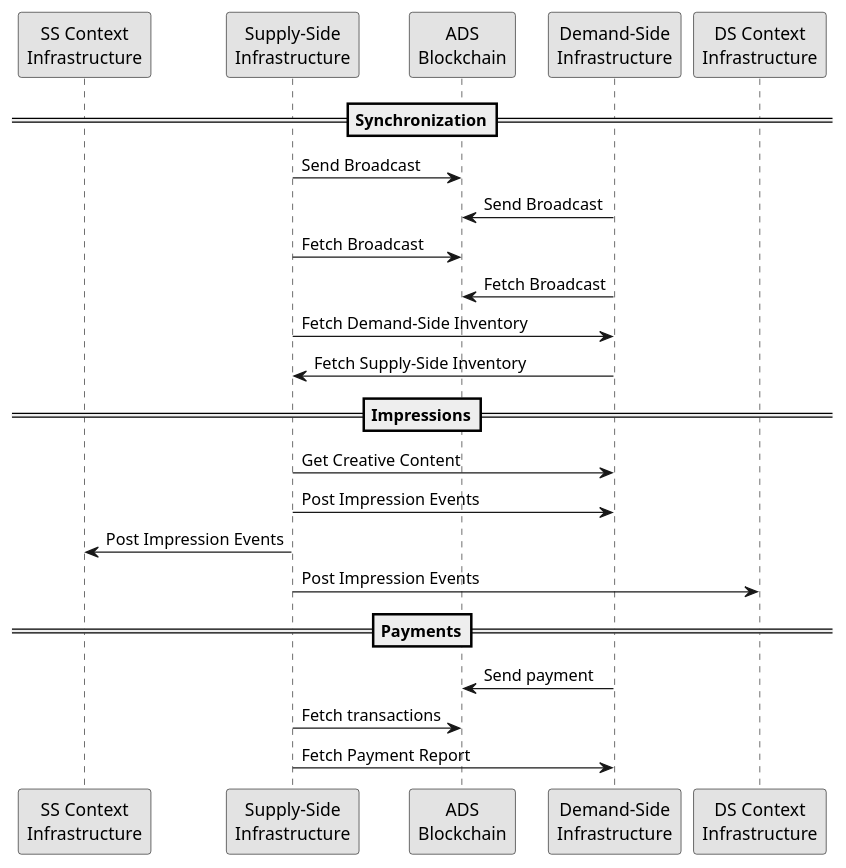
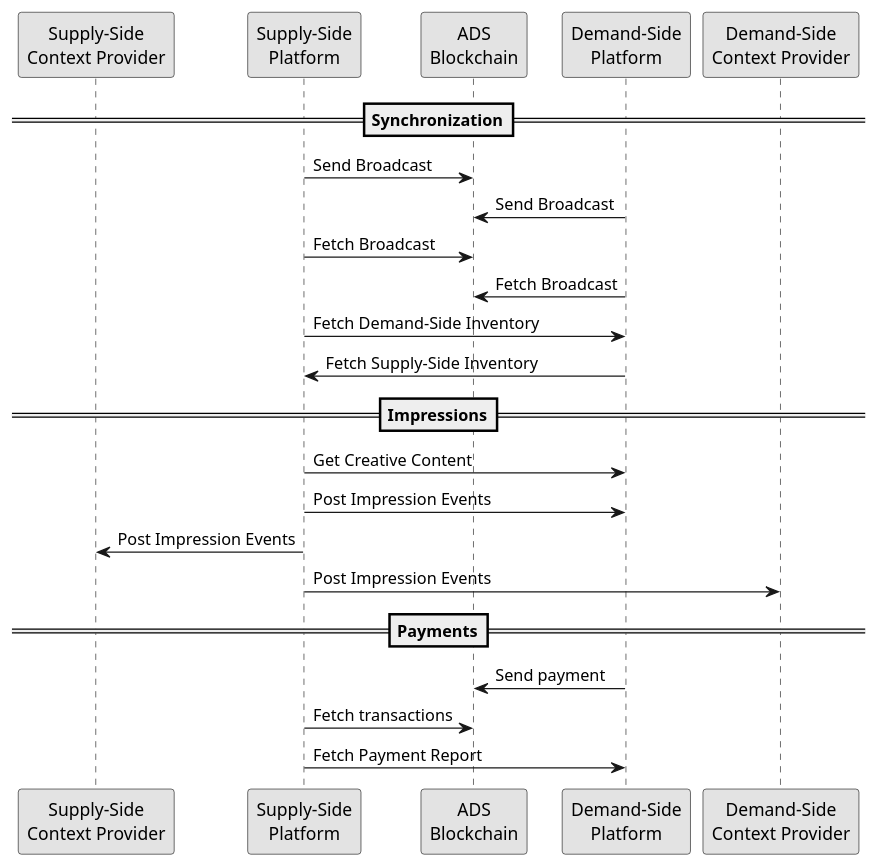
The diagram in protocol/index.rst (adshares/adshares-docs), drawn with PlantUML before and after one commit. The commit also changed other lines of this file and 25 other files, not shown here.

```diff
--- a/protocol/index.rst
+++ b/protocol/index.rst
@@ -20,32 +20,32 @@
 .. uml::
     :align: center
 
     skinparam monochrome true
 
-    participant "SS Context\nInfrastructure"      as SSCI
-    participant "Supply-Side\nInfrastructure"     as SSI
+    participant "Supply-Side\nContext Provider"   as SSCP
+    participant "Supply-Side\nPlatform"           as SSP
     participant "ADS\nBlockchain"                 as blockchain
-    participant "Demand-Side\nInfrastructure"     as DSI
-    participant "DS Context\nInfrastructure"      as DSCI
+    participant "Demand-Side\nPlatform"           as DSP
+    participant "Demand-Side\nContext Provider"   as DSCP
     
     ==Synchronization==
 
-    SSI -> blockchain: Send Broadcast
-    DSI -> blockchain: Send Broadcast
-    SSI -> blockchain: Fetch Broadcast
-    DSI -> blockchain: Fetch Broadcast
-    SSI -> DSI: Fetch Demand-Side Inventory
-    DSI -> SSI: Fetch Supply-Side Inventory
+    SSP -> blockchain: Send Broadcast
+    DSP -> blockchain: Send Broadcast
+    SSP -> blockchain: Fetch Broadcast
+    DSP -> blockchain: Fetch Broadcast
+    SSP -> DSP: Fetch Demand-Side Inventory
+    DSP -> SSP: Fetch Supply-Side Inventory
 
     ==Impressions==
 
-    SSI -> DSI: Get Creative Content
-    SSI -> DSI: Post Impression Events
-    SSI -> SSCI: Post Impression Events
-    SSI -> DSCI: Post Impression Events
+    SSP -> DSP: Get Creative Content
+    SSP -> DSP: Post Impression Events
+    SSP -> SSCP: Post Impression Events
+    SSP -> DSCP: Post Impression Events
 
     ==Payments==
 
-    DSI -> blockchain: Send payment
-    SSI -> blockchain: Fetch transactions
-    SSI -> DSI: Fetch Payment Report
+    DSP -> blockchain: Send payment
+    SSP -> blockchain: Fetch transactions
+    SSP -> DSP: Fetch Payment Report
```
